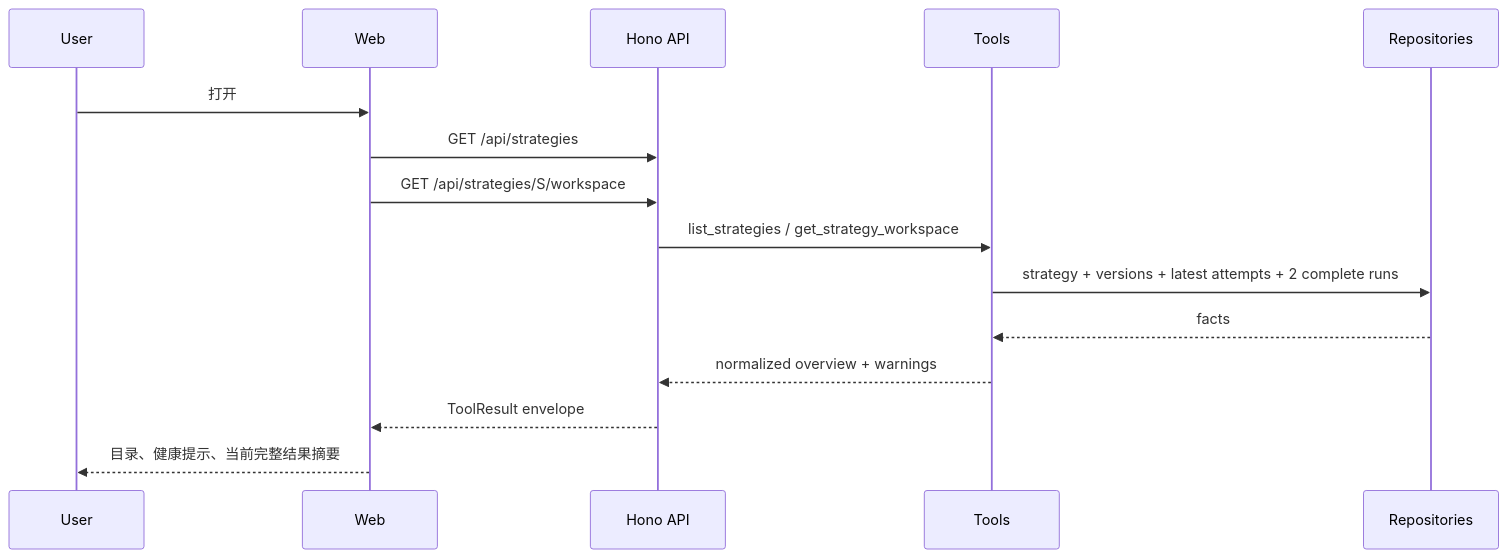
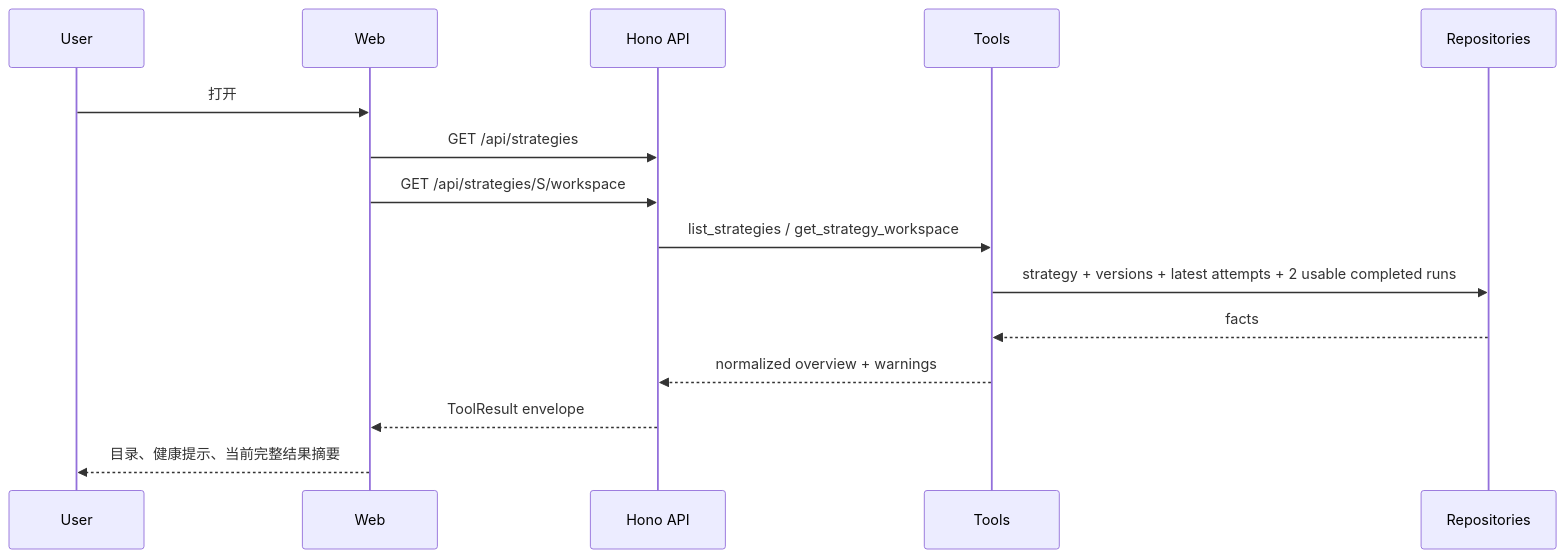
Before and after one commit to KowL/luoome: the second of 3 diagrams in docs/ddd/strategy-workspace-detailed-design.md, drawn with Mermaid. The commit also changed other lines of this file and 45 other files, not shown here.

````diff
--- a/docs/ddd/strategy-workspace-detailed-design.md
+++ b/docs/ddd/strategy-workspace-detailed-design.md
@@ -893,17 +899,17 @@
 ```mermaid
 sequenceDiagram
   participant U as User
   participant W as Web
   participant A as Hono API
   participant T as Tools
   participant R as Repositories
   U->>W: 打开 #strategies?strategyId=S&tab=overview
   W->>A: GET /api/strategies
   W->>A: GET /api/strategies/S/workspace
   A->>T: list_strategies / get_strategy_workspace
-  T->>R: strategy + versions + latest attempts + 2 complete runs
+  T->>R: strategy + versions + latest attempts + 2 usable completed runs
   R-->>T: facts
   T-->>A: normalized overview + warnings
   A-->>W: ToolResult envelope
   W-->>U: 目录、健康提示、当前完整结果摘要
 ```
````
